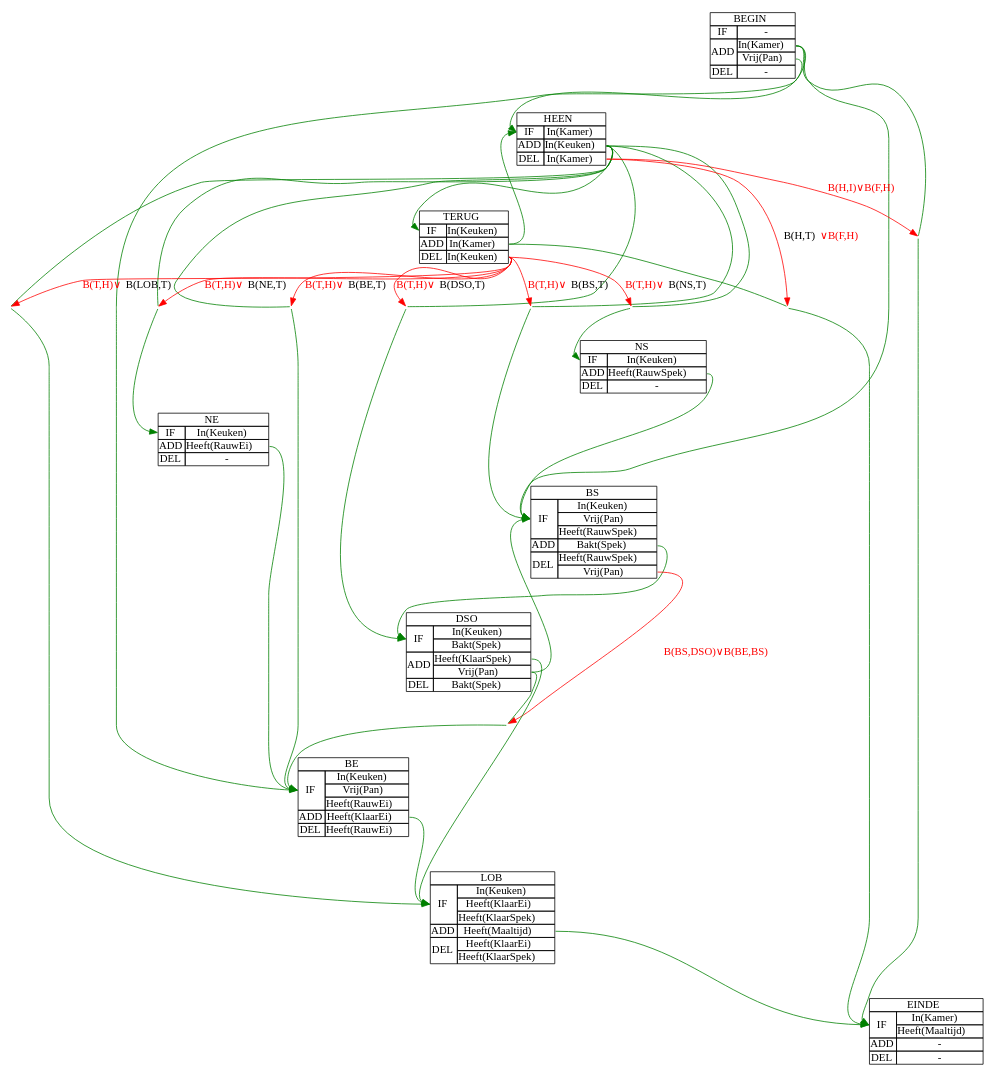
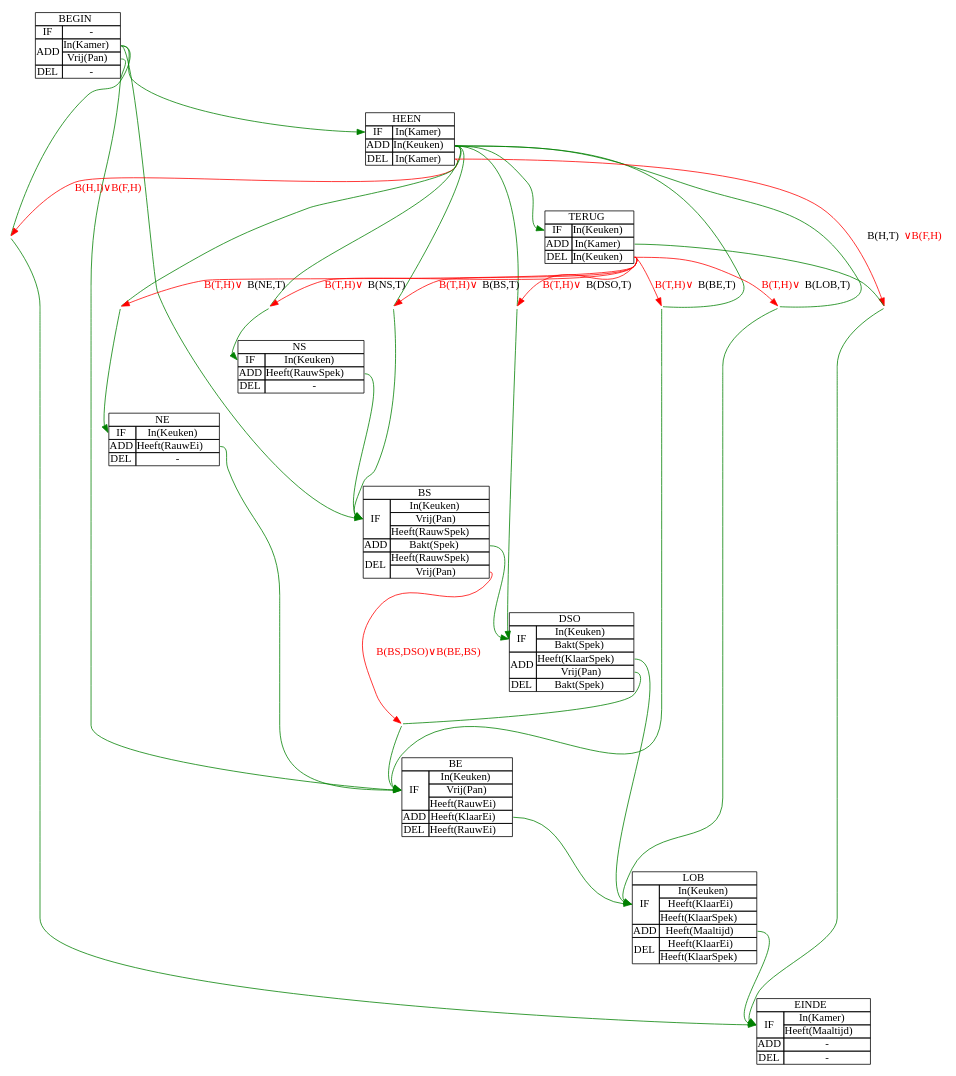
Before and after one commit to NorfairKing/ai_alternative-exam: the diagram in resources/graphs/strips_1.dot, drawn with Graphviz. The commit also changed 4 other files, not shown here.

```diff
--- a/resources/graphs/strips_1.dot
+++ b/resources/graphs/strips_1.dot
@@ -261,12 +261,12 @@
 bet_h_lob   -> lob:if_0:w;
 h:add_1:e   -> t:if_0:w;
 bet_t_f     -> f:if_0:w;
-t:add_1:e   -> h:if_0:w;
+//t:add_1:e   -> h:if_0:w;
 ns:add_1:e  -> bs:if_0:w;
 ne:add_1:e  -> be:if_0:w;
 bs:add_1:e  -> dso:if_0:w;
 be:add_1:e  -> lob:if_0:w;
-dso:add_2:e -> bs:if_0:w;
+//dso:add_2:e -> bs:if_0:w;
 dso:add_1:e -> lob:if_0:w;
 bet_dso_be  -> be:if_0:w;
 lob:add_1:e -> f:if_0:w;
```
